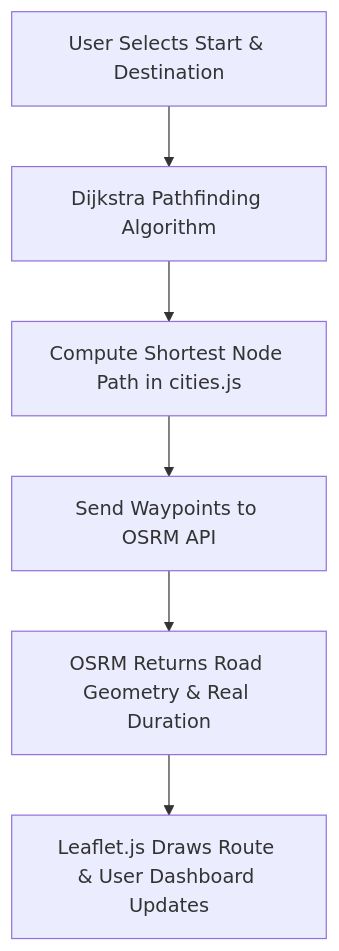
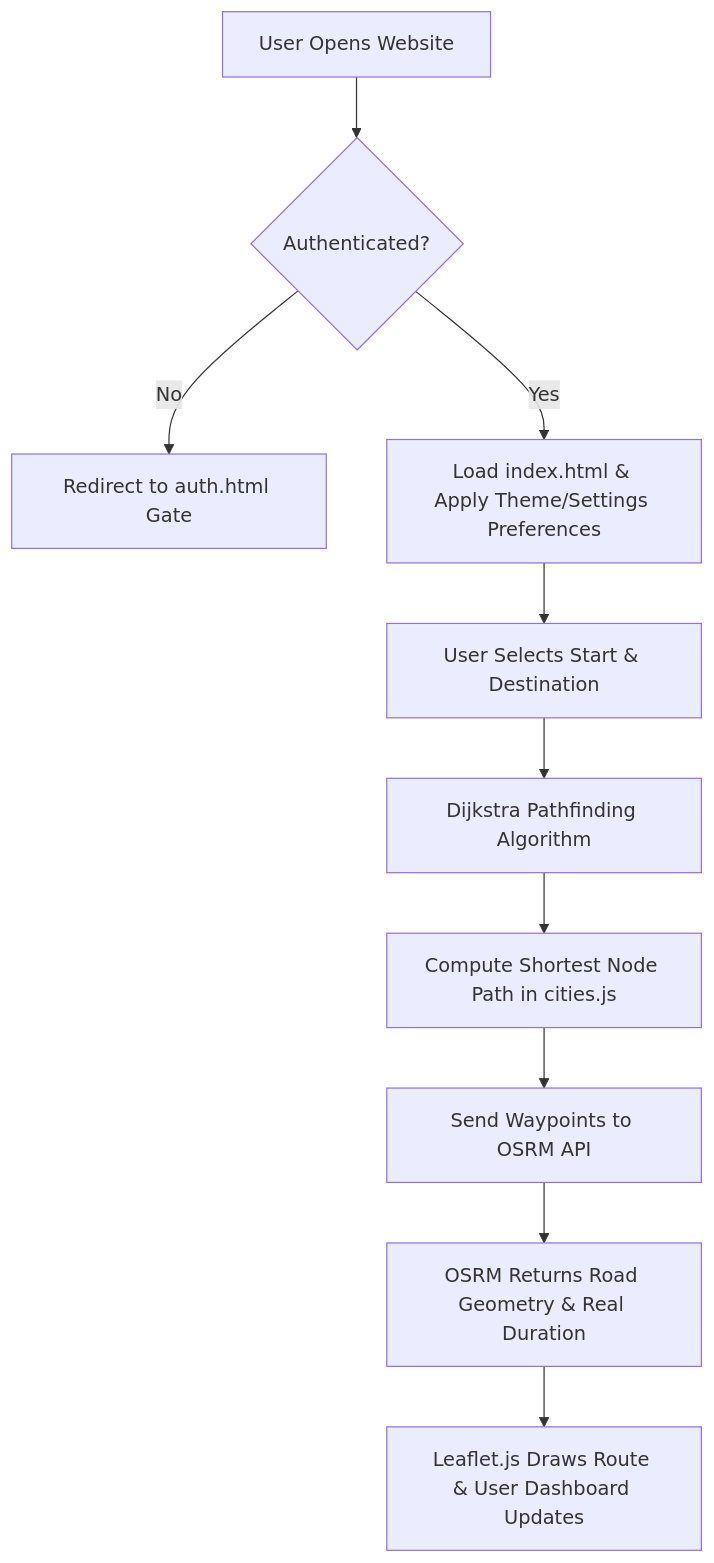
Before and after one commit to abdurrehmanabid5002-hub/Route-Finder-Website: the diagram in README.md, drawn with Mermaid. The commit also changed other lines of this file, not shown here.

````diff
--- a/README.md
+++ b/README.md
@@ -40,8 +46,12 @@
 ```mermaid
 graph TD
-    A[User Selects Start & Destination] --> B[Dijkstra Pathfinding Algorithm]
-    B --> C[Compute Shortest Node Path in cities.js]
-    C --> D[Send Waypoints to OSRM API]
-    D --> E[OSRM Returns Road Geometry & Real Duration]
-    E --> F[Leaflet.js Draws Route & User Dashboard Updates]
+    A[User Opens Website] --> B{Authenticated?}
+    B -- No --> C[Redirect to auth.html Gate]
+    B -- Yes --> D[Load index.html & Apply Theme/Settings Preferences]
+    D --> E[User Selects Start & Destination]
+    E --> F[Dijkstra Pathfinding Algorithm]
+    F --> G[Compute Shortest Node Path in cities.js]
+    G --> H[Send Waypoints to OSRM API]
+    H --> I[OSRM Returns Road Geometry & Real Duration]
+    I --> J[Leaflet.js Draws Route & User Dashboard Updates]
 ```
````
